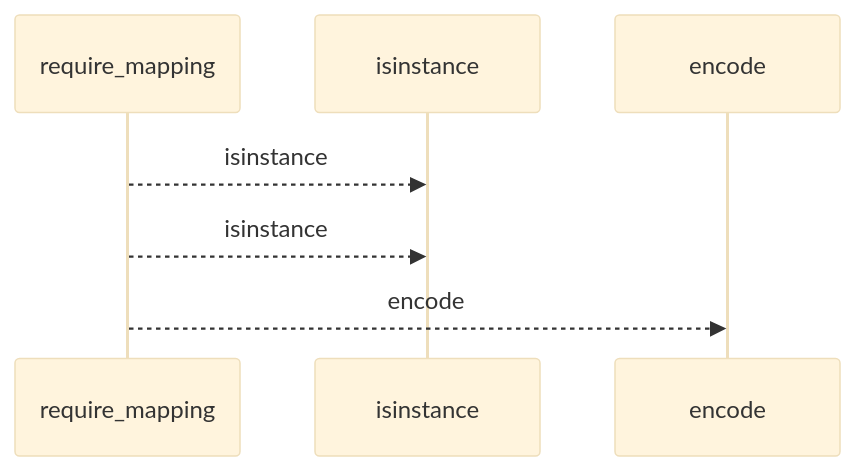
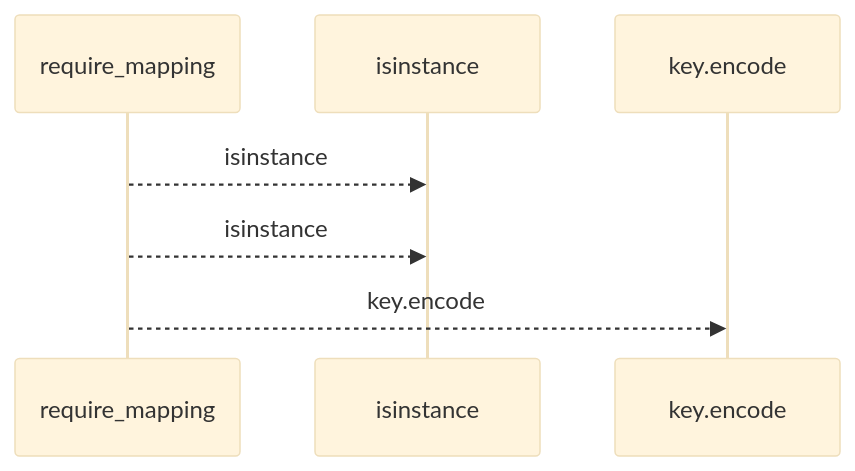
The first of 2 diagrams in docs/llm_wiki/flows/api-require_mapping.md (Denissvgn/python-wiki-llm), drawn with Mermaid (base theme) before and after one commit. The commit also changed other lines of this file and 719 other files, not shown here.

````diff
--- a/docs/llm_wiki/flows/api-require_mapping.md
+++ b/docs/llm_wiki/flows/api-require_mapping.md
@@ -10,9 +10,9 @@
 ```mermaid
 sequenceDiagram
     participant p0 as require_mapping
     participant p1 as isinstance
-    participant p2 as encode
+    participant p2 as key.encode
     p0-->>p1: isinstance
     p0-->>p1: isinstance
-    p0-->>p2: encode
+    p0-->>p2: key.encode
 ```
````
